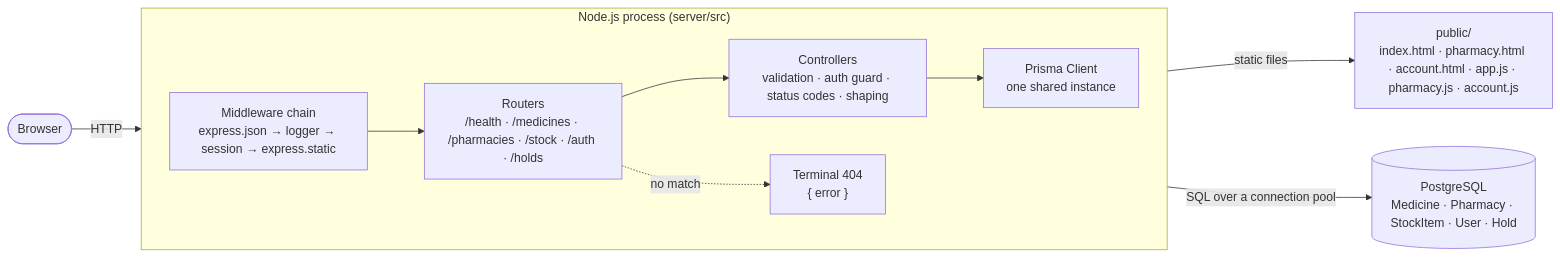
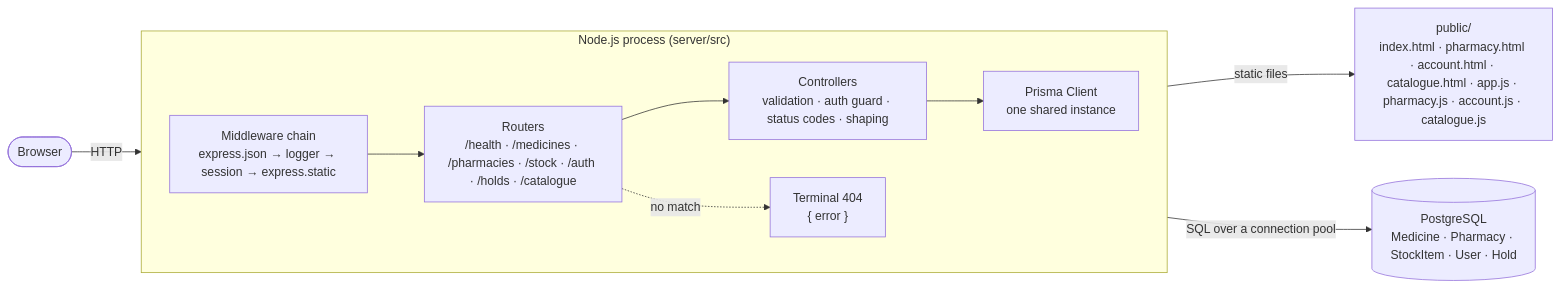
The first of 3 diagrams in README.md (vishalkbladerunner-create/velora_AP_2026), drawn with Mermaid before and after one commit. The commit also changed other lines of this file and 12 other files, not shown here.

First line of the commit message:
feat(catalogue): add a development catalogue page for medicines, pharmacies and stock

````diff
--- a/README.md
+++ b/README.md
@@ -48,22 +49,22 @@
 ```mermaid
 flowchart LR
     user(["Browser"])
     subgraph proc["Node.js process (server/src)"]
         direction LR
         mw["Middleware chain<br/>express.json → logger → session → express.static"]
-        routers["Routers<br/>/health · /medicines · /pharmacies · /stock · /auth · /holds"]
+        routers["Routers<br/>/health · /medicines · /pharmacies · /stock · /auth · /holds · /catalogue"]
         ctrl["Controllers<br/>validation · auth guard · status codes · shaping"]
         prisma["Prisma Client<br/>one shared instance"]
         nf["Terminal 404<br/>{ error }"]
     end
     db[("PostgreSQL<br/>Medicine · Pharmacy · StockItem · User · Hold")]
-    static["public/<br/>index.html · pharmacy.html · account.html · app.js · pharmacy.js · account.js"]
+    static["public/<br/>index.html · pharmacy.html · account.html · catalogue.html · app.js · pharmacy.js · account.js · catalogue.js"]
 
     user -->|"HTTP"| mw
     mw -->|"static files"| static
     mw --> routers
     routers --> ctrl
     ctrl --> prisma
     prisma -->|"SQL over a connection pool"| db
     routers -.->|"no match"| nf
 ```
````
